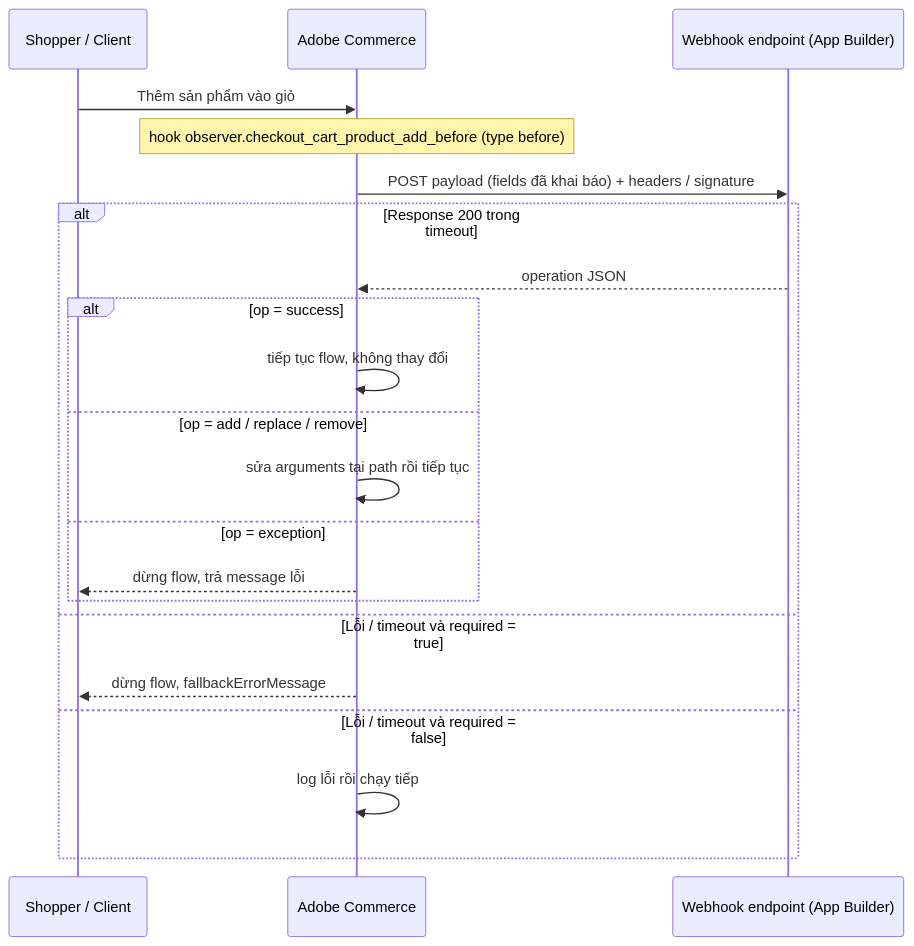
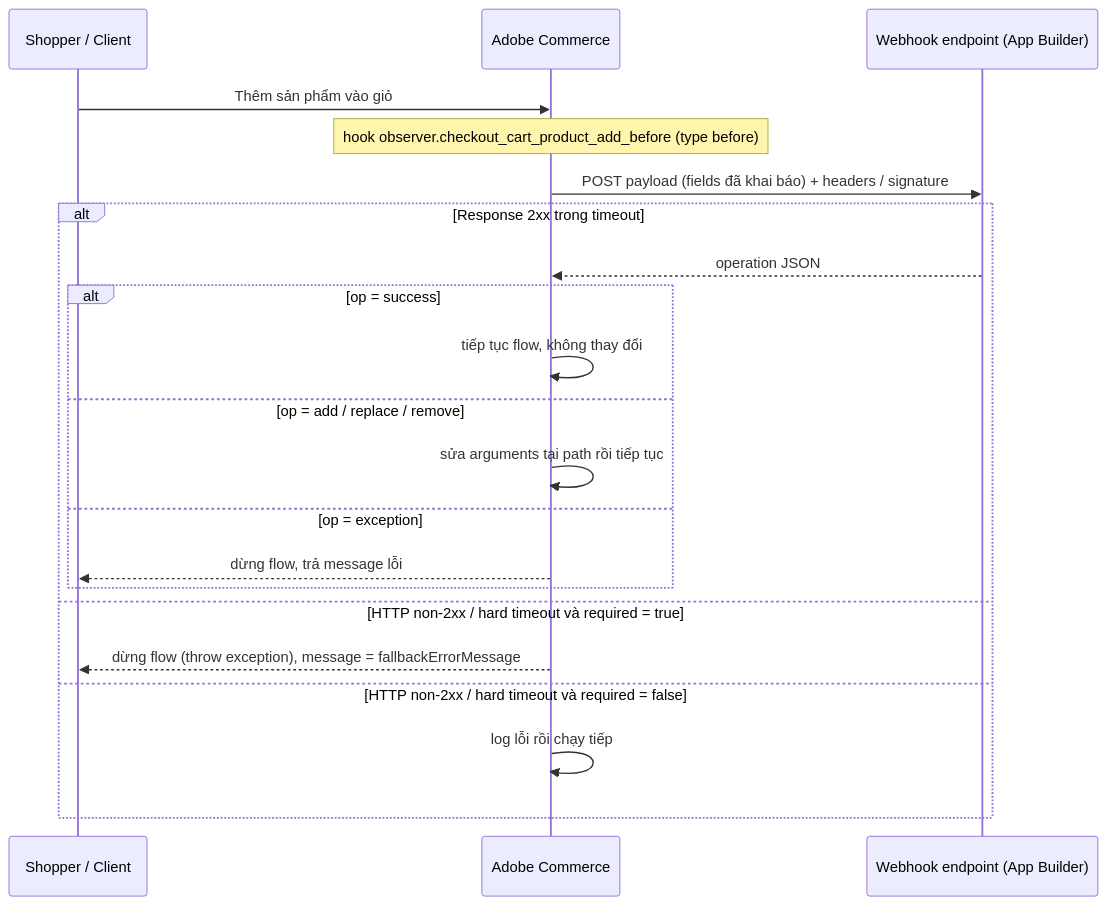
One commit to dpnam03/dev-doc changed the diagram in Dev Docs/10. Magento/10. Knowledge Base/Architecture/Event & Webhook/Cloud Version.md. Above: the diagram before and after it, drawn with Mermaid. The commit also changed other lines of this file and 2 other files, not shown here.

Commit message:
magento-base-knowledge-architecture - review and update doc Dev Docs/10. Magento/10. Knowledge Base/Architecture/Event & Webhook

````diff
--- a/Dev Docs/10. Magento/10. Knowledge Base/Architecture/Event & Webhook/Cloud Version.md
+++ b/Dev Docs/10. Magento/10. Knowledge Base/Architecture/Event & Webhook/Cloud Version.md
@@ -51,23 +51,23 @@
 ```mermaid
 sequenceDiagram
     participant U as Shopper / Client
     participant M as Adobe Commerce
     participant W as Webhook endpoint (App Builder)
     U->>M: Thêm sản phẩm vào giỏ
     Note over M: hook observer.checkout_cart_product_add_before (type before)
     M->>W: POST payload (fields đã khai báo) + headers / signature
-    alt Response 200 trong timeout
+    alt Response 2xx trong timeout
         W-->>M: operation JSON
         alt op = success
             M->>M: tiếp tục flow, không thay đổi
         else op = add / replace / remove
             M->>M: sửa arguments tại path rồi tiếp tục
         else op = exception
             M-->>U: dừng flow, trả message lỗi
         end
-    else Lỗi / timeout và required = true
-        M-->>U: dừng flow, fallbackErrorMessage
-    else Lỗi / timeout và required = false
+    else HTTP non-2xx / hard timeout và required = true
+        M-->>U: dừng flow (throw exception), message = fallbackErrorMessage
+    else HTTP non-2xx / hard timeout và required = false
         M->>M: log lỗi rồi chạy tiếp
     end
 ```
````
